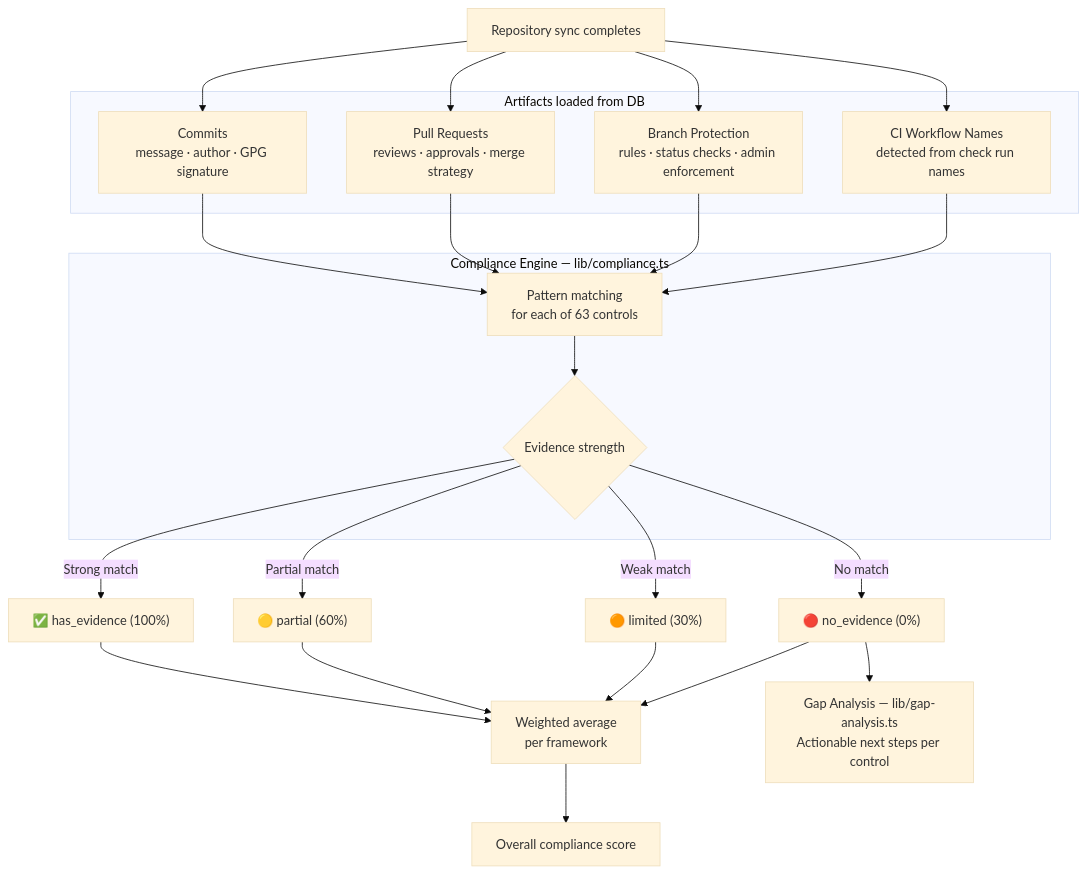
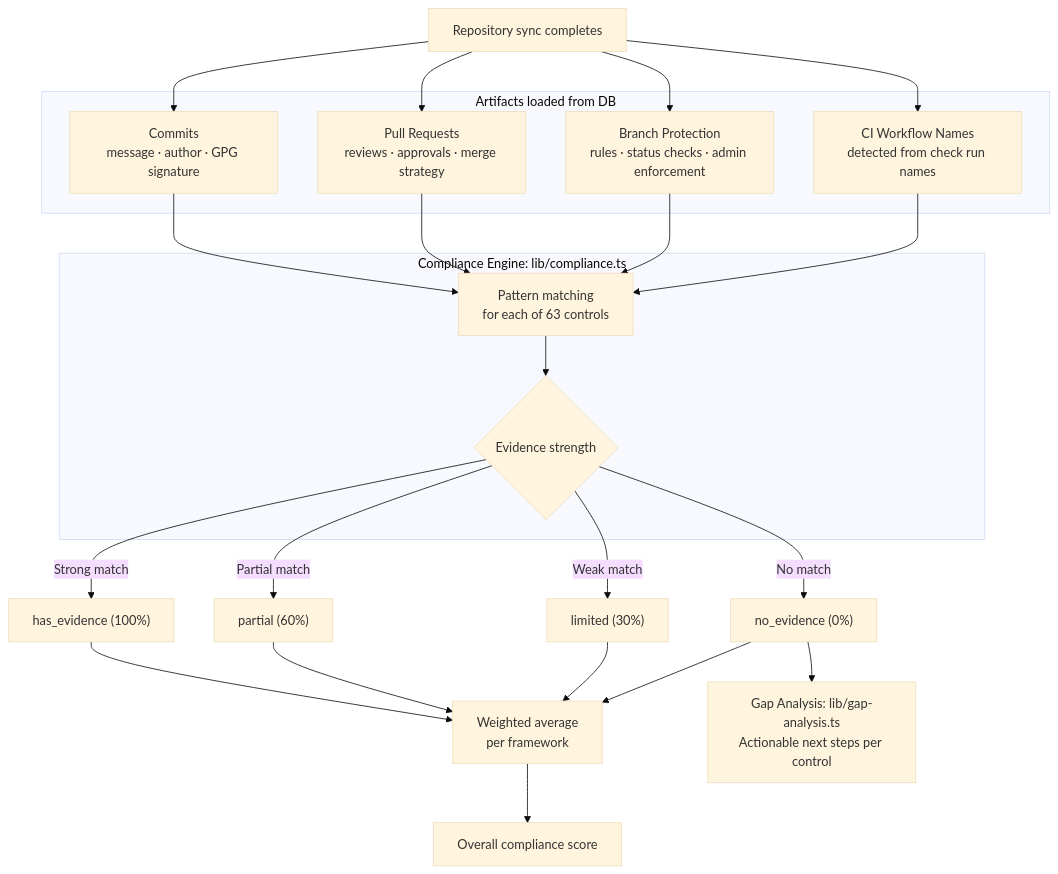
One commit to JohnJohnW/audittrail-dev changed the tenth of 13 diagrams in README.md. Above: the diagram before and after it, drawn with Mermaid (base theme). The commit also changed other lines of this file and 6 other files, not shown here.

````diff
--- a/README.md
+++ b/README.md
@@ -429,27 +429,27 @@
 ```mermaid
 flowchart TD
     A[Repository sync completes] --> B & C & D & E
 
     subgraph Artifacts ["Artifacts loaded from DB"]
         B[Commits\nmessage · author · GPG signature]
         C[Pull Requests\nreviews · approvals · merge strategy]
         D[Branch Protection\nrules · status checks · admin enforcement]
         E[CI Workflow Names\ndetected from check run names]
     end
 
     B & C & D & E --> F
 
-    subgraph Engine ["Compliance Engine — lib/compliance.ts"]
+    subgraph Engine ["Compliance Engine: lib/compliance.ts"]
         F[Pattern matching\nfor each of 63 controls]
         F --> G{Evidence strength}
     end
 
-    G -->|Strong match| H["✅  has_evidence (100%)"]
-    G -->|Partial match| I["🟡  partial (60%)"]
-    G -->|Weak match| J["🟠  limited (30%)"]
-    G -->|No match| K["🔴  no_evidence (0%)"]
+    G -->|Strong match| H["has_evidence (100%)"]
+    G -->|Partial match| I["partial (60%)"]
+    G -->|Weak match| J["limited (30%)"]
+    G -->|No match| K["no_evidence (0%)"]
 
     H & I & J & K --> L[Weighted average\nper framework]
     L --> M[Overall compliance score]
-    K --> N[Gap Analysis — lib/gap-analysis.ts\nActionable next steps per control]
+    K --> N[Gap Analysis: lib/gap-analysis.ts\nActionable next steps per control]
 ```
````
